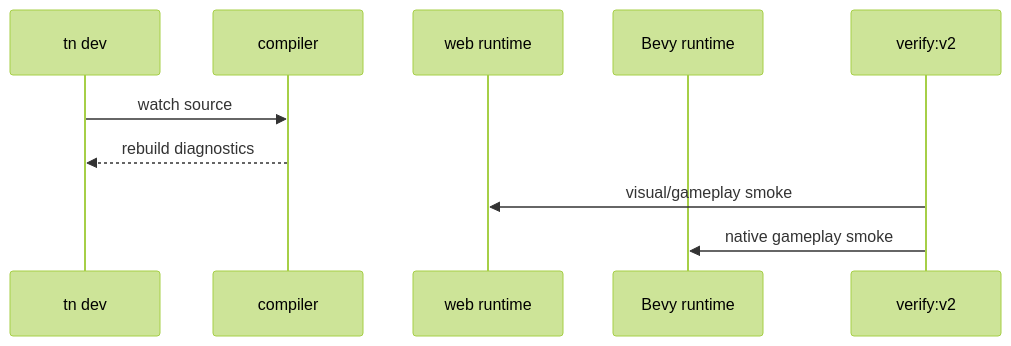
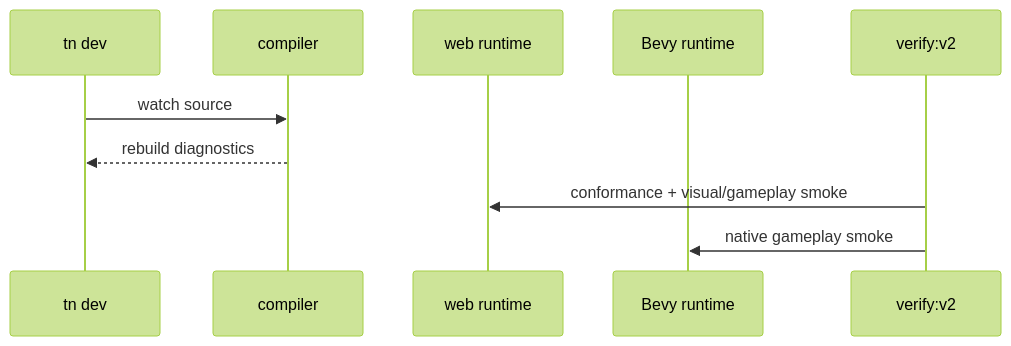
The diagram in docs/PRDs/v2/V2-12-dev-loop-and-release-gate.md (jonit-dev/threejs-to-bevy), drawn with Mermaid (forest theme) before and after one commit. The commit also changed other lines of this file and 12 other files, not shown here.

Commit message:
feat: Update V2 PRDs for cross-runtime conformance, gameplay core, and release gate enhancements

````diff
--- a/docs/PRDs/v2/V2-12-dev-loop-and-release-gate.md
+++ b/docs/PRDs/v2/V2-12-dev-loop-and-release-gate.md
@@ -32,12 +34,12 @@
 ```mermaid
 sequenceDiagram
   participant Dev as tn dev
   participant Build as compiler
   participant Web as web runtime
   participant Native as Bevy runtime
   participant Gate as verify:v2
   Dev->>Build: watch source
   Build-->>Dev: rebuild diagnostics
-  Gate->>Web: visual/gameplay smoke
+  Gate->>Web: conformance + visual/gameplay smoke
   Gate->>Native: native gameplay smoke
 ```
````
